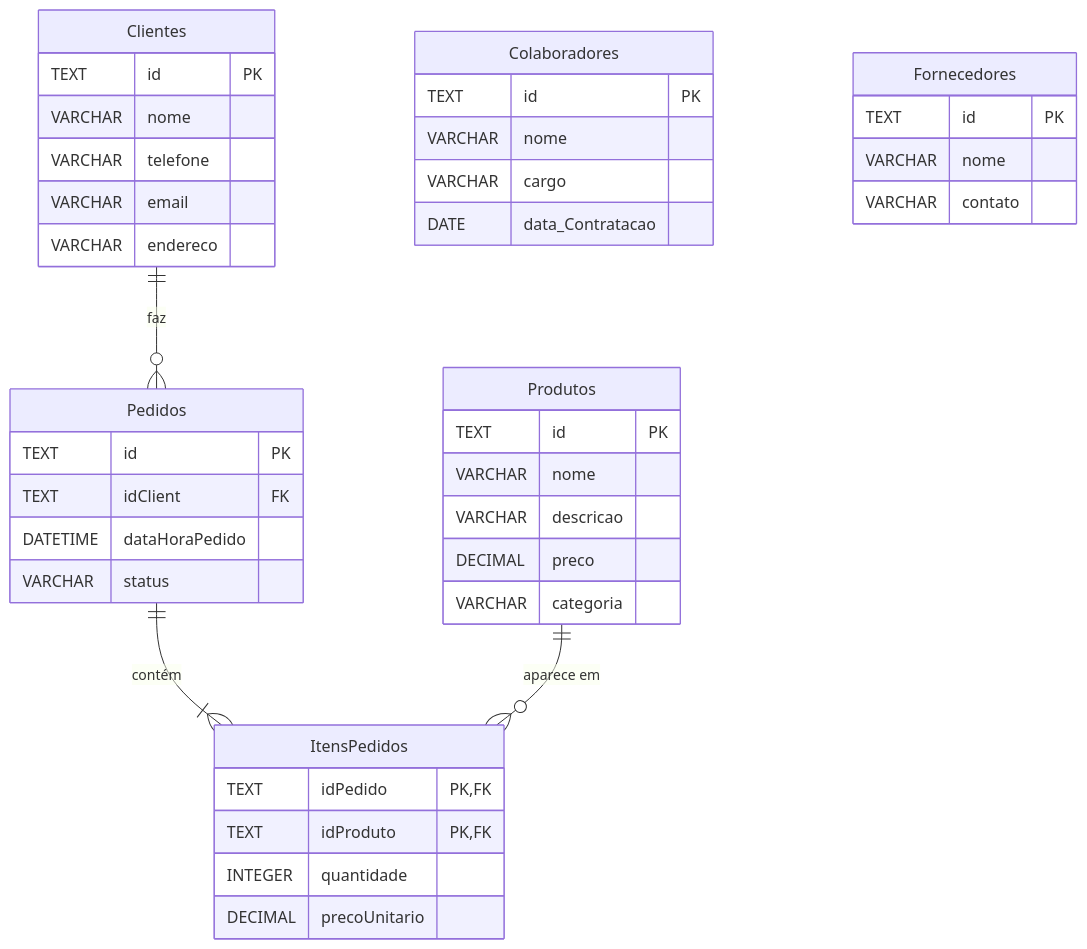
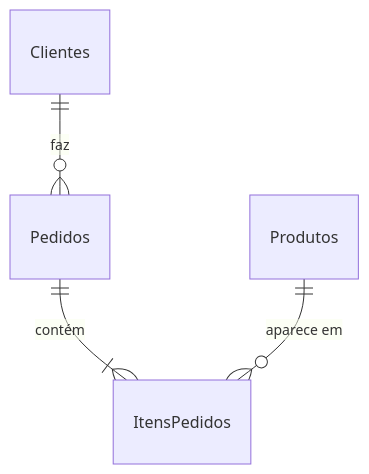
The diagram in README.md (nickbelo2201/realizando_consultas_sql), drawn with Mermaid before and after one commit. The commit also changed other lines of this file, not shown here.

````diff
--- a/README.md
+++ b/README.md
@@ -24,44 +19,6 @@
 ```mermaid
 erDiagram
     Clientes ||--o{ Pedidos : "faz"
     Pedidos  ||--|{ ItensPedidos : "contém"
     Produtos ||--o{ ItensPedidos : "aparece em"
-
-    Clientes {
-        TEXT    id PK
-        VARCHAR nome
-        VARCHAR telefone
-        VARCHAR email
-        VARCHAR endereco
-    }
-    Pedidos {
-        TEXT     id PK
-        TEXT     idClient FK
-        DATETIME dataHoraPedido
-        VARCHAR  status
-    }
-    ItensPedidos {
-        TEXT    idPedido PK,FK
-        TEXT    idProduto PK,FK
-        INTEGER quantidade
-        DECIMAL precoUnitario
-    }
-    Produtos {
-        TEXT    id PK
-        VARCHAR nome
-        VARCHAR descricao
-        DECIMAL preco
-        VARCHAR categoria
-    }
-    Colaboradores {
-        TEXT    id PK
-        VARCHAR nome
-        VARCHAR cargo
-        DATE    data_Contratacao
-    }
-    Fornecedores {
-        TEXT    id PK
-        VARCHAR nome
-        VARCHAR contato
-    }
 ```
````
